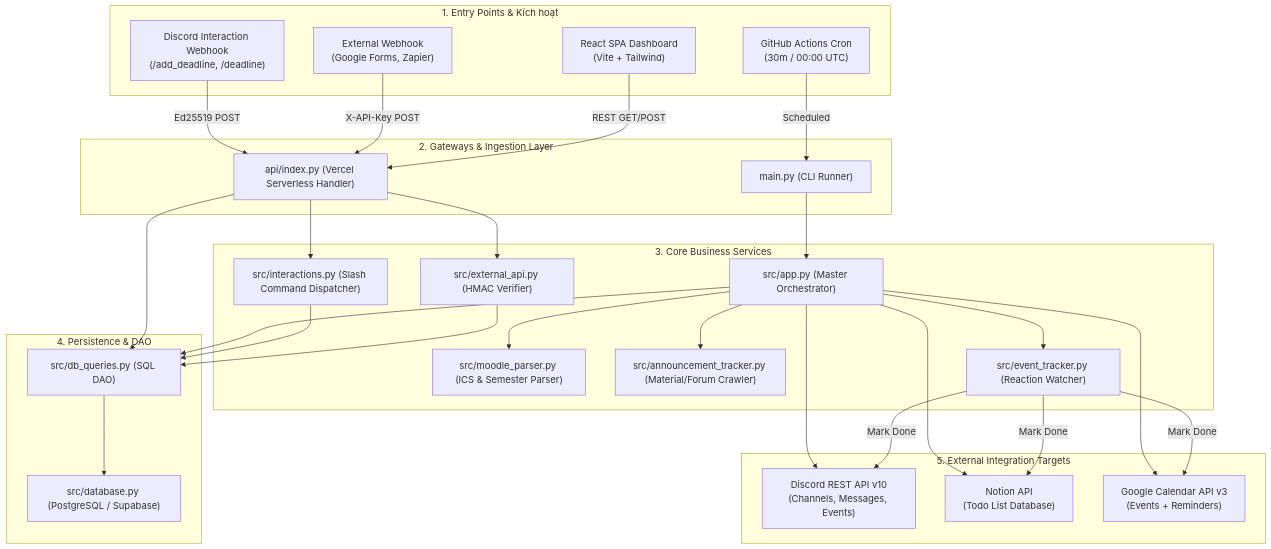
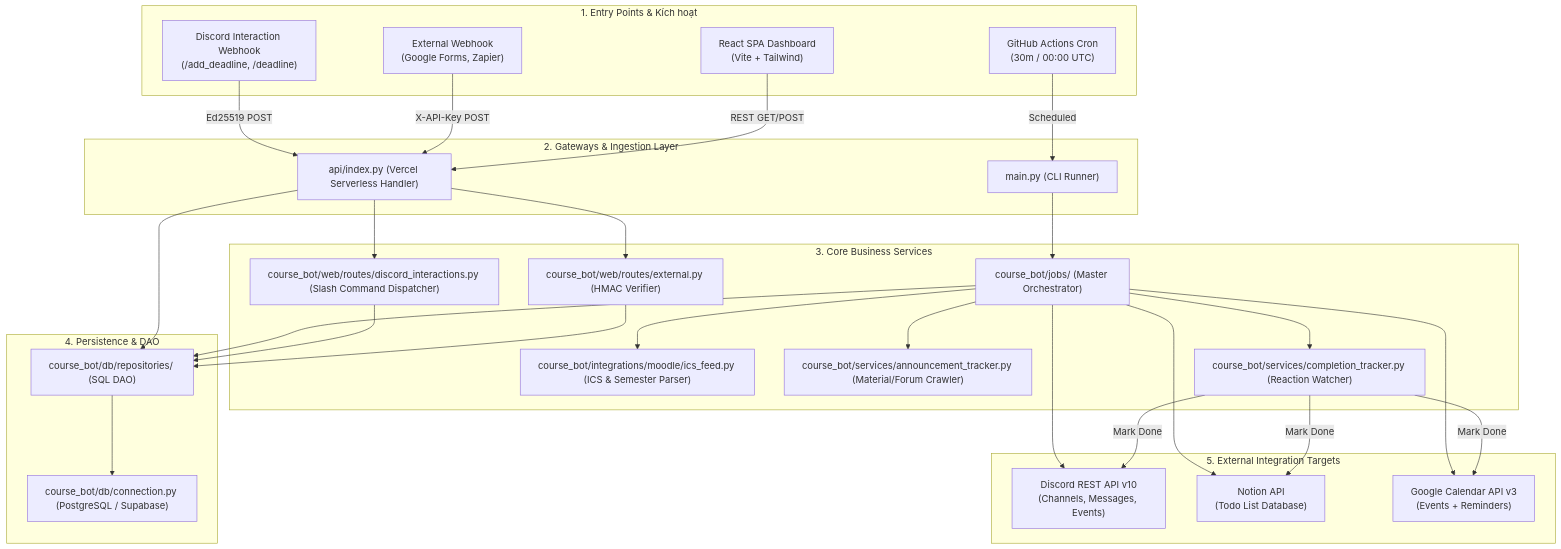
Before and after one commit to ZzIsSs/course_fit_bot: the diagram in docs/context-pack/03_END_TO_END_DATA_FLOW.md, drawn with Mermaid. The commit also changed other lines of this file and 14 other files, not shown here.

````diff
--- a/docs/context-pack/03_END_TO_END_DATA_FLOW.md
+++ b/docs/context-pack/03_END_TO_END_DATA_FLOW.md
@@ -10,56 +12,56 @@
 ```mermaid
 flowchart TD
     subgraph S1["1. Entry Points & Kích hoạt"]
         CronJob["GitHub Actions Cron<br/>(30m / 00:00 UTC)"]
         DiscordWH["Discord Interaction Webhook<br/>(/add_deadline, /deadline)"]
         ExtWH["External Webhook<br/>(Google Forms, Zapier)"]
         DashboardUI["React SPA Dashboard<br/>(Vite + Tailwind)"]
     end
 
     subgraph S2["2. Gateways & Ingestion Layer"]
         CLI["main.py (CLI Runner)"]
         VercelAPI["api/index.py (Vercel Serverless Handler)"]
     end
 
     subgraph S3["3. Core Business Services"]
-        App["src/app.py (Master Orchestrator)"]
-        MoodleParser["src/moodle_parser.py (ICS & Semester Parser)"]
-        MoodleTracker["src/announcement_tracker.py (Material/Forum Crawler)"]
-        Interactions["src/interactions.py (Slash Command Dispatcher)"]
-        External["src/external_api.py (HMAC Verifier)"]
-        EventTracker["src/event_tracker.py (Reaction Watcher)"]
+        App["course_bot/jobs/ (Master Orchestrator)"]
+        MoodleParser["course_bot/integrations/moodle/ics_feed.py (ICS & Semester Parser)"]
+        MoodleTracker["course_bot/services/announcement_tracker.py (Material/Forum Crawler)"]
+        Interactions["course_bot/web/routes/discord_interactions.py (Slash Command Dispatcher)"]
+        External["course_bot/web/routes/external.py (HMAC Verifier)"]
+        EventTracker["course_bot/services/completion_tracker.py (Reaction Watcher)"]
     end
 
     subgraph S4["4. Persistence & DAO"]
-        DAO["src/db_queries.py (SQL DAO)"]
-        DB["src/database.py (PostgreSQL / Supabase)"]
+        DAO["course_bot/db/repositories/ (SQL DAO)"]
+        DB["course_bot/db/connection.py (PostgreSQL / Supabase)"]
     end
 
     subgraph S5["5. External Integration Targets"]
         Discord["Discord REST API v10<br/>(Channels, Messages, Events)"]
         Notion["Notion API<br/>(Todo List Database)"]
         GCal["Google Calendar API v3<br/>(Events + Reminders)"]
     end
 
     CronJob -->|Scheduled| CLI --> App
     DiscordWH -->|Ed25519 POST| VercelAPI --> Interactions
     ExtWH -->|X-API-Key POST| VercelAPI --> External
     DashboardUI -->|REST GET/POST| VercelAPI
 
     App --> MoodleParser
     App --> MoodleTracker
     App --> EventTracker
 
     App --> DAO
     Interactions --> DAO
     External --> DAO
     VercelAPI --> DAO
     DAO --> DB
 
     App --> Discord
     App --> Notion
     App --> GCal
     EventTracker -->|Mark Done| Discord
     EventTracker -->|Mark Done| Notion
     EventTracker -->|Mark Done| GCal
 ```
````
